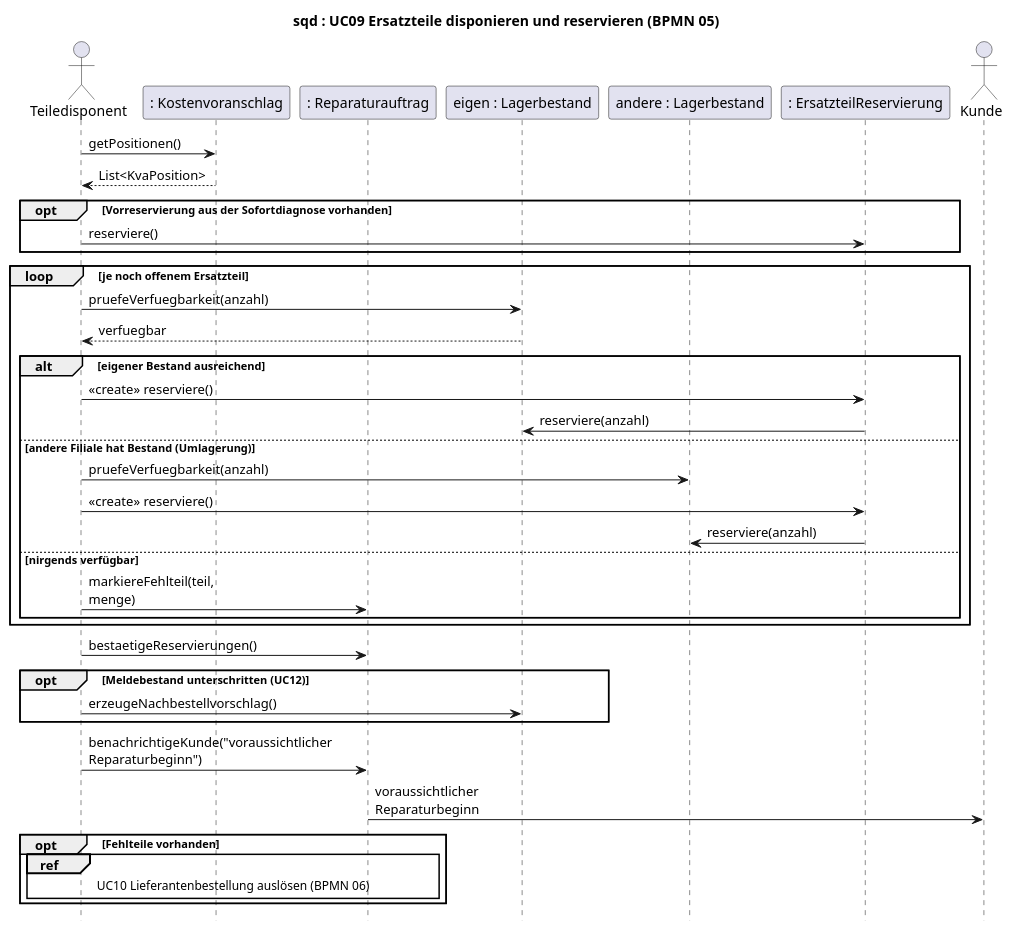
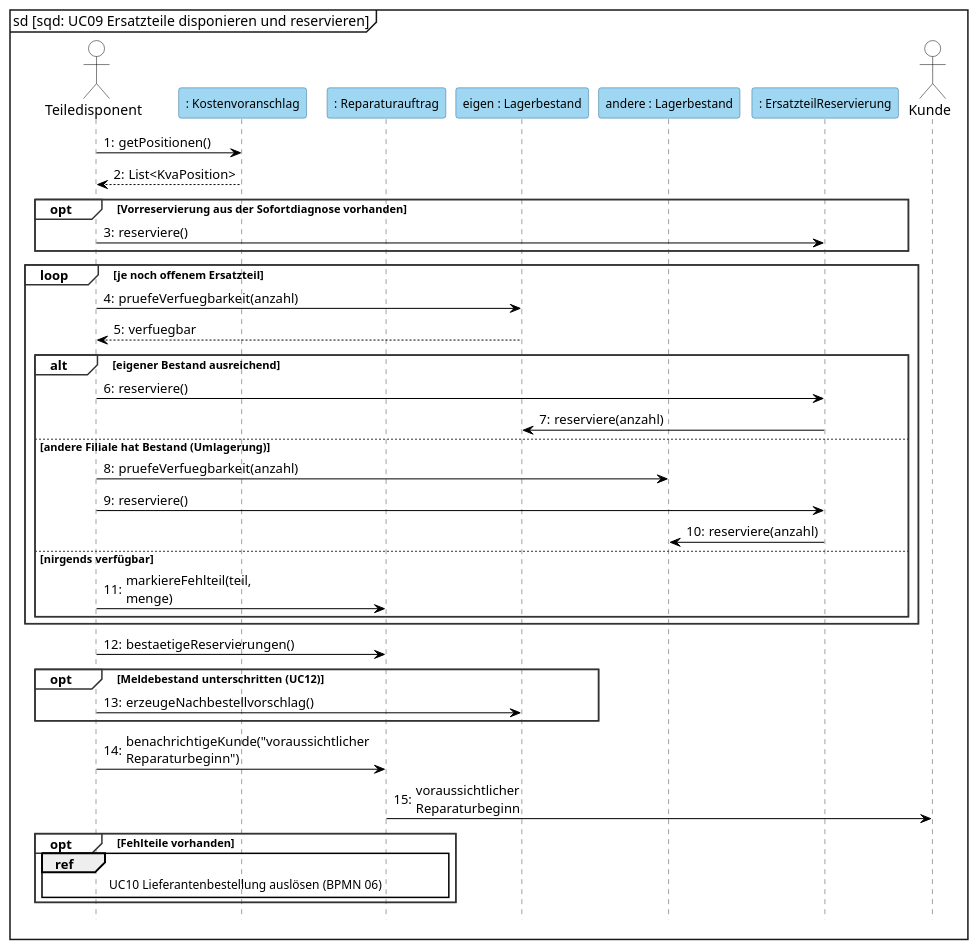
Before and after one commit to jakobschwan123-cmd/casestudy-semester-3: the diagram in 2_uml/entwurf-plantuml/sequenz-03-reservierung.puml, drawn with PlantUML. The commit also changed 13 other files, not shown here.

First line of the commit message:
[T05 2026-10-15] style: sequence diagram templates in Visual Paradigm notation (E-28)

```diff
--- a/2_uml/entwurf-plantuml/sequenz-03-reservierung.puml
+++ b/2_uml/entwurf-plantuml/sequenz-03-reservierung.puml
@@ -1,45 +1,61 @@
 @startuml
 ' BPMN: p05-ersatzteilreservierung.bpmn. Kernablauf: je Teil eigener Bestand, andere Filiale oder Fehlteil; Vorreservierung aus UC01 (E-26).
-title sqd : UC09 Ersatzteile disponieren und reservieren (BPMN 05)
+' Darstellung wie in Visual Paradigm: Objekterzeugung als gestrichelter Pfeil auf den Kopfkasten (Kasten sitzt auf Nachrichtenhöhe, VL 6 Folie 5-70), kein <<create>>-Text.
+mainframe sd [sqd: UC09 Ersatzteile disponieren und reservieren]
 skinparam defaultFontName Arial
 skinparam sequenceMessageAlign left
 skinparam maxMessageSize 170
+skinparam shadowing false
+skinparam sequence {
+  ParticipantBackgroundColor #9FD6F2
+  ParticipantBorderColor #2E6E99
+  ParticipantFontSize 12
+  ActorBackgroundColor white
+  ActorBorderColor black
+  LifeLineBorderColor #444444
+  LifeLineBackgroundColor #9FD6F2
+  GroupBorderColor #333333
+  GroupBackgroundColor white
+  GroupHeaderFontStyle bold
+  ArrowColor black
+}
 hide footbox
+autonumber "0:"
 
 actor Teiledisponent as D
 participant ": Kostenvoranschlag" as KVA
 participant ": Reparaturauftrag" as RA
 participant "eigen : Lagerbestand" as LB
 participant "andere : Lagerbestand" as AL
 participant ": ErsatzteilReservierung" as RES
 actor Kunde
 
 D -> KVA : getPositionen()
 KVA --> D : List<KvaPosition>
 opt Vorreservierung aus der Sofortdiagnose vorhanden
     D -> RES : reserviere()
 end
 loop je noch offenem Ersatzteil
     D -> LB : pruefeVerfuegbarkeit(anzahl)
     LB --> D : verfuegbar
     alt eigener Bestand ausreichend
-        D -> RES : <<create>> reserviere()
+        D -> RES : reserviere()
         RES -> LB : reserviere(anzahl)
     else andere Filiale hat Bestand (Umlagerung)
         D -> AL : pruefeVerfuegbarkeit(anzahl)
-        D -> RES : <<create>> reserviere()
+        D -> RES : reserviere()
         RES -> AL : reserviere(anzahl)
     else nirgends verfügbar
         D -> RA : markiereFehlteil(teil, menge)
     end
 end
 D -> RA : bestaetigeReservierungen()
 opt Meldebestand unterschritten (UC12)
     D -> LB : erzeugeNachbestellvorschlag()
 end
 D -> RA : benachrichtigeKunde("voraussichtlicher Reparaturbeginn")
 RA -> Kunde : voraussichtlicher Reparaturbeginn
 opt Fehlteile vorhanden
     ref over D, RA : UC10 Lieferantenbestellung auslösen (BPMN 06)
 end
 @enduml
```
